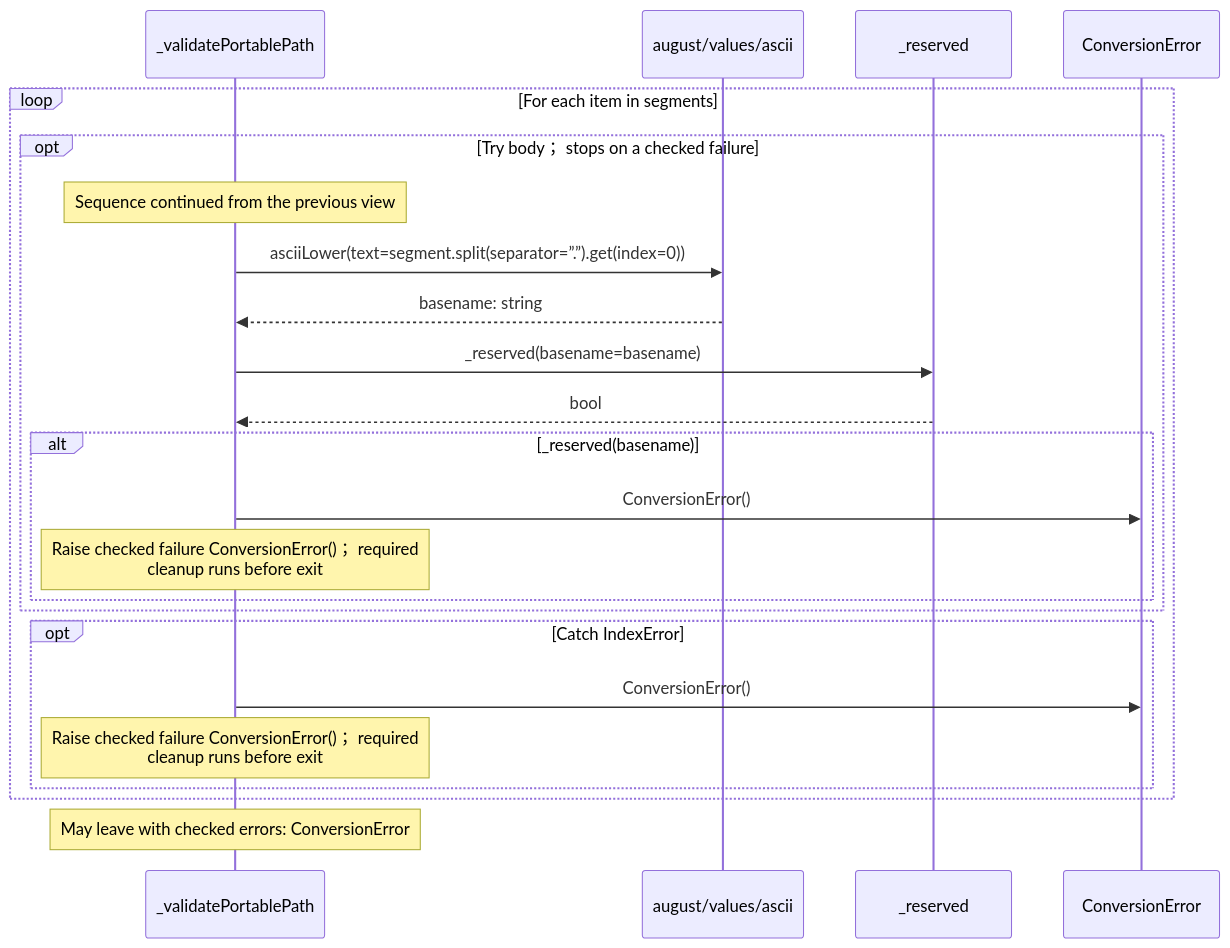
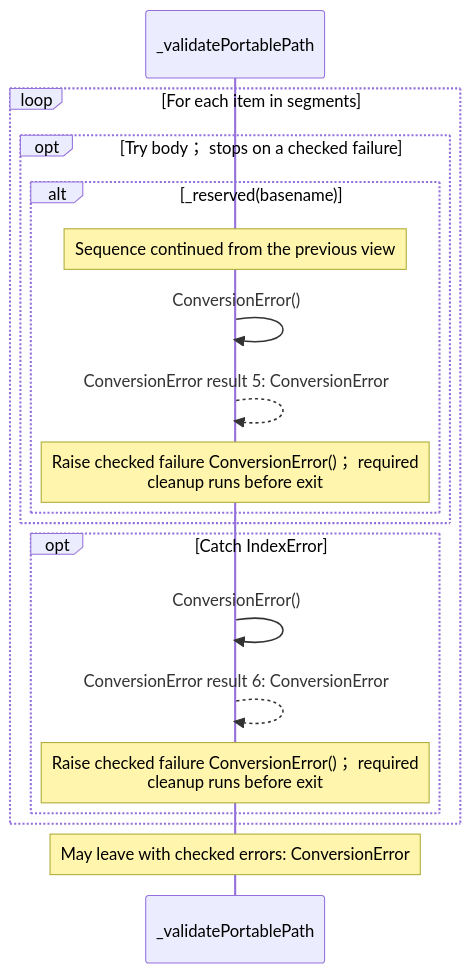
One commit to GreenPandaStudios/augscript changed the seventh of 7 diagrams in src/stdlib/values/paths.aug.diagrams.md. Above: the diagram before and after it, drawn with Mermaid. The commit also changed other lines of this file and 304 other files, not shown here.

Commit message:
Make generated data-flow sequences concise and review every diagram

````diff
--- a/src/stdlib/values/paths.aug.diagrams.md
+++ b/src/stdlib/values/paths.aug.diagrams.md
@@ -178,25 +177,21 @@
 ```mermaid
 sequenceDiagram
     participant p0 as _validatePortablePath
-    participant p1 as august/values/ascii
-    participant p2 as _reserved
-    participant p3 as ConversionError
+
     loop For each item in segments
     opt Try body； stops on a checked failure
+    alt _reserved(basename)
     Note over p0: Sequence continued from the previous view
-    p0->>p1: asciiLower(text=segment.split(separator=”.”).get(index=0))
-    p1-->>p0: basename: string
-    p0->>p2: _reserved(basename=basename)
-    p2-->>p0: bool
-    alt _reserved(basename)
-    p0->>p3: ConversionError()
+    p0->>p0: ConversionError()
+    p0-->>p0: ConversionError result 5: ConversionError
     Note over p0: Raise checked failure ConversionError()； required<br/>cleanup runs before exit
     end
     end
     opt Catch IndexError
-    p0->>p3: ConversionError()
+    p0->>p0: ConversionError()
+    p0-->>p0: ConversionError result 6: ConversionError
     Note over p0: Raise checked failure ConversionError()； required<br/>cleanup runs before exit
     end
     end
     Note over p0: May leave with checked errors: ConversionError
 ```
````
